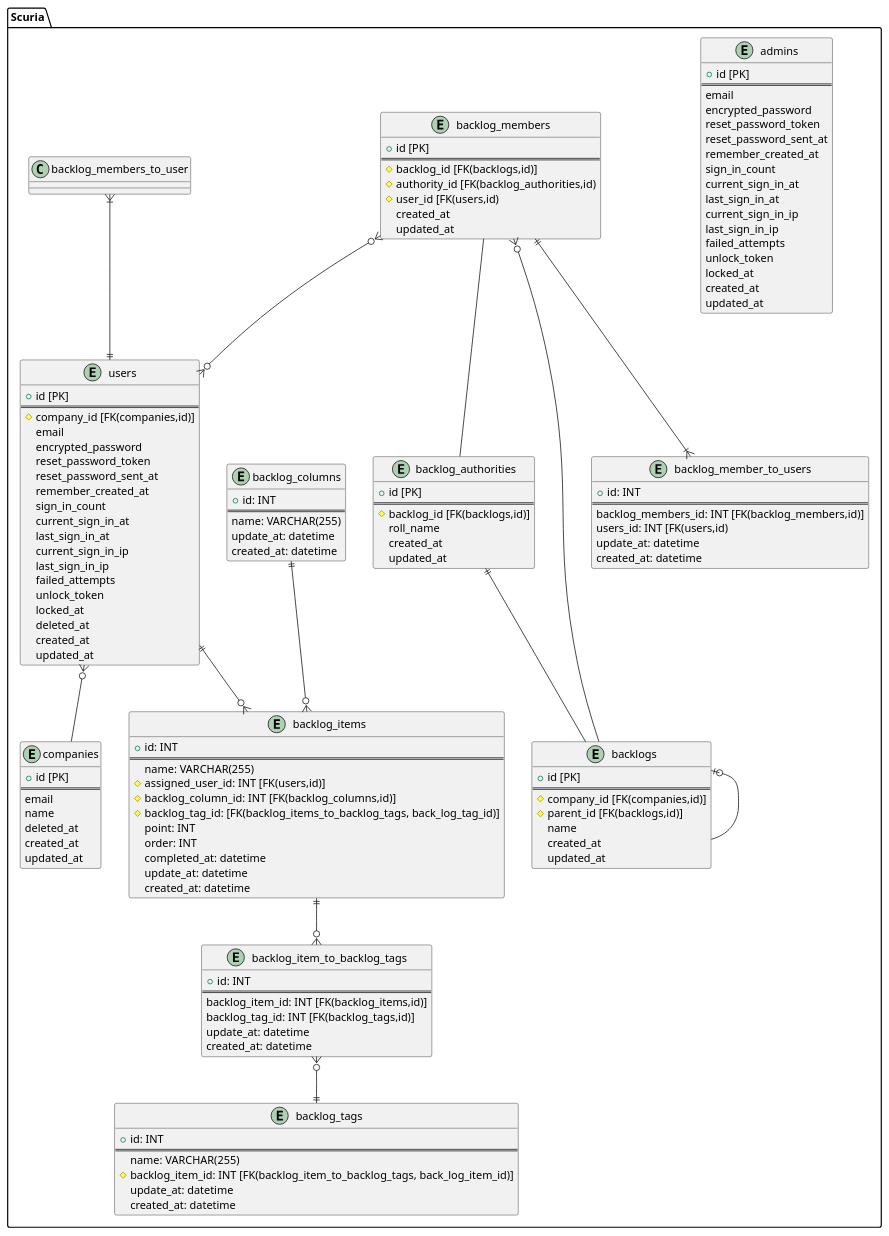
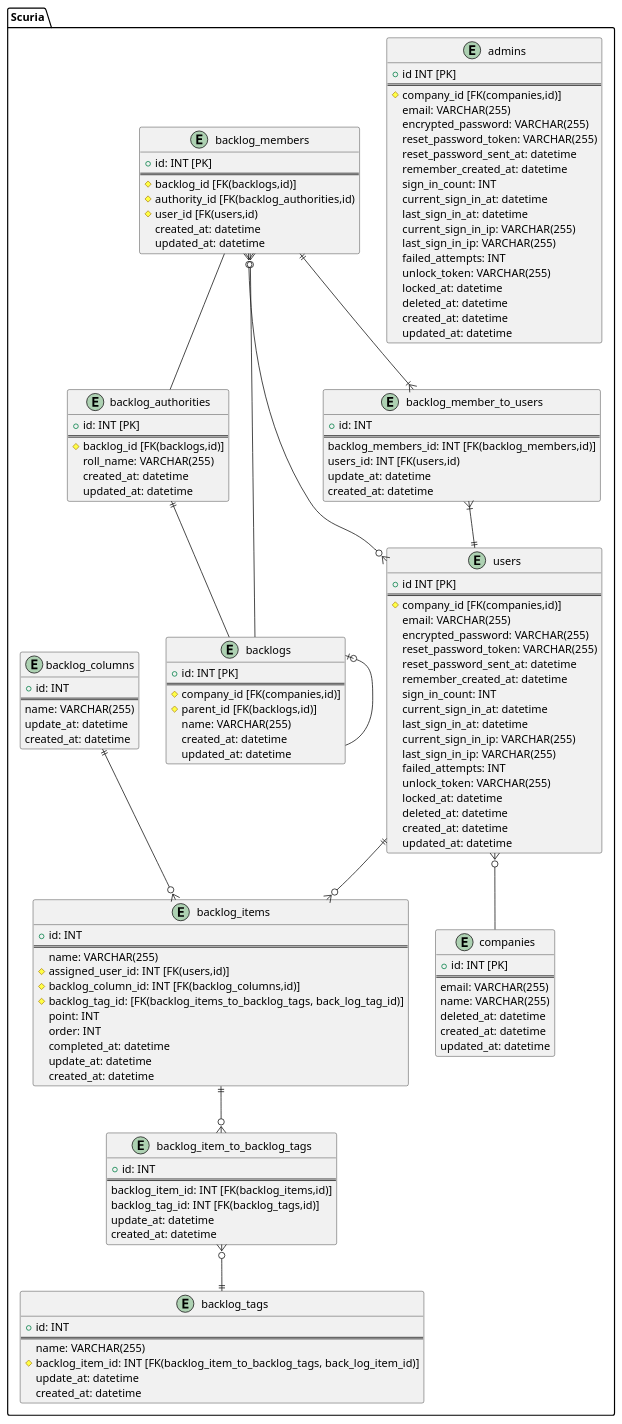
Before and after one commit to slill33/Scuria: the diagram in docs/er.pu, drawn with PlantUML.

```diff
--- a/docs/er.pu
+++ b/docs/er.pu
@@ -1,160 +1,162 @@
 @startuml
 
 ' hide the spot
 ' hide circle
 
 ' avoid problems with angled crows feet
 ' skinparam linetype ortho
 
 
 package "Scuria" {
   entity "users" {
-    + id [PK]
+    + id INT [PK]
     ==
     # company_id [FK(companies,id)]
-    email
-    encrypted_password
-    reset_password_token
-    reset_password_sent_at
-    remember_created_at
-    sign_in_count
-    current_sign_in_at
-    last_sign_in_at
-    current_sign_in_ip
-    last_sign_in_ip
-    failed_attempts
-    unlock_token
-    locked_at
-    deleted_at
-    created_at
-    updated_at
+    email: VARCHAR(255)
+    encrypted_password: VARCHAR(255)
+    reset_password_token: VARCHAR(255)
+    reset_password_sent_at: datetime
+    remember_created_at: datetime
+    sign_in_count: INT
+    current_sign_in_at: datetime
+    last_sign_in_at: datetime
+    current_sign_in_ip: VARCHAR(255)
+    last_sign_in_ip: VARCHAR(255)
+    failed_attempts: INT
+    unlock_token: VARCHAR(255)
+    locked_at: datetime
+    deleted_at: datetime
+    created_at: datetime
+    updated_at: datetime
   }
 
   entity "admins" {
-    + id [PK]
+     + id INT [PK]
     ==
-    email
-    encrypted_password
-    reset_password_token
-    reset_password_sent_at
-    remember_created_at
-    sign_in_count
-    current_sign_in_at
-    last_sign_in_at
-    current_sign_in_ip
-    last_sign_in_ip
-    failed_attempts
-    unlock_token
-    locked_at
-    created_at
-    updated_at
+    # company_id [FK(companies,id)]
+    email: VARCHAR(255)
+    encrypted_password: VARCHAR(255)
+    reset_password_token: VARCHAR(255)
+    reset_password_sent_at: datetime
+    remember_created_at: datetime
+    sign_in_count: INT
+    current_sign_in_at: datetime
+    last_sign_in_at: datetime
+    current_sign_in_ip: VARCHAR(255)
+    last_sign_in_ip: VARCHAR(255)
+    failed_attempts: INT
+    unlock_token: VARCHAR(255)
+    locked_at: datetime
+    deleted_at: datetime
+    created_at: datetime
+    updated_at: datetime
   }
 
   entity "companies" {
-    + id [PK]
+    + id: INT [PK]
     ==
-    email
-    name
-    deleted_at
-    created_at
-    updated_at
+    email: VARCHAR(255)
+    name: VARCHAR(255)
+    deleted_at: datetime
+    created_at: datetime
+    updated_at: datetime
   }
 
   entity "backlog_authorities" {
-    + id [PK]
+    + id: INT [PK]
     ==
     # backlog_id [FK(backlogs,id)]
-    roll_name
-    created_at
-    updated_at
+    roll_name: VARCHAR(255)
+    created_at: datetime
+    updated_at: datetime
   }
 
   entity "backlogs" {
-    + id [PK]
+    + id: INT [PK]
     ==
     # company_id [FK(companies,id)]
     # parent_id [FK(backlogs,id)] 
-    name
-    created_at
-    updated_at 
+    name: VARCHAR(255)
+    created_at: datetime
+    updated_at: datetime 
   }
 
   entity "backlog_members" {
-    + id [PK]
+    + id: INT [PK]
     ==
     # backlog_id [FK(backlogs,id)]
     # authority_id [FK(backlog_authorities,id)
     # user_id [FK(users,id) 
-    created_at
-    updated_at
+    created_at: datetime
+    updated_at: datetime
   }
 
   entity "backlog_columns" {
     +id: INT
     ==
     name: VARCHAR(255)
     update_at: datetime
     created_at: datetime
   }
 
 
   entity "backlog_items" {
     +id: INT
     ==
     name: VARCHAR(255)
     # assigned_user_id: INT [FK(users,id)]
     # backlog_column_id: INT [FK(backlog_columns,id)]
     # backlog_tag_id: [FK(backlog_items_to_backlog_tags, back_log_tag_id)]
     point: INT
     order: INT
     completed_at: datetime
     update_at: datetime
     created_at: datetime
   }
 
   entity "backlog_item_to_backlog_tags" {
     +id: INT
     ==
     backlog_item_id: INT [FK(backlog_items,id)]
     backlog_tag_id: INT [FK(backlog_tags,id)]
     update_at: datetime
     created_at: datetime
   }
   entity "backlog_member_to_users" {
     +id: INT
     ==
     backlog_members_id: INT [FK(backlog_members,id)]
     users_id: INT [FK(users,id)
     update_at: datetime
     created_at: datetime
   }
 
   entity "backlog_tags" {
     +id: INT
     ==
     name: VARCHAR(255)
     # backlog_item_id: INT [FK(backlog_item_to_backlog_tags, back_log_item_id)]
     update_at: datetime
     created_at: datetime
   }
 
 
   users }o-- companies
   backlog_authorities ||-- backlogs
   backlogs |o-- backlogs
   backlog_members }o-- backlogs
   backlog_members -- backlog_authorities
   backlog_members }o--o{ users
 
   users ||--o{ backlog_items
 
   backlog_columns ||--o{ backlog_items
   backlog_items ||--o{ backlog_item_to_backlog_tags
   backlog_item_to_backlog_tags }o--||backlog_tags
   backlog_members ||--|{ backlog_member_to_users
-  backlog_members_to_user }|--||users
+  backlog_member_to_users}|--||users
 
 }
 
 
 @enduml
```
